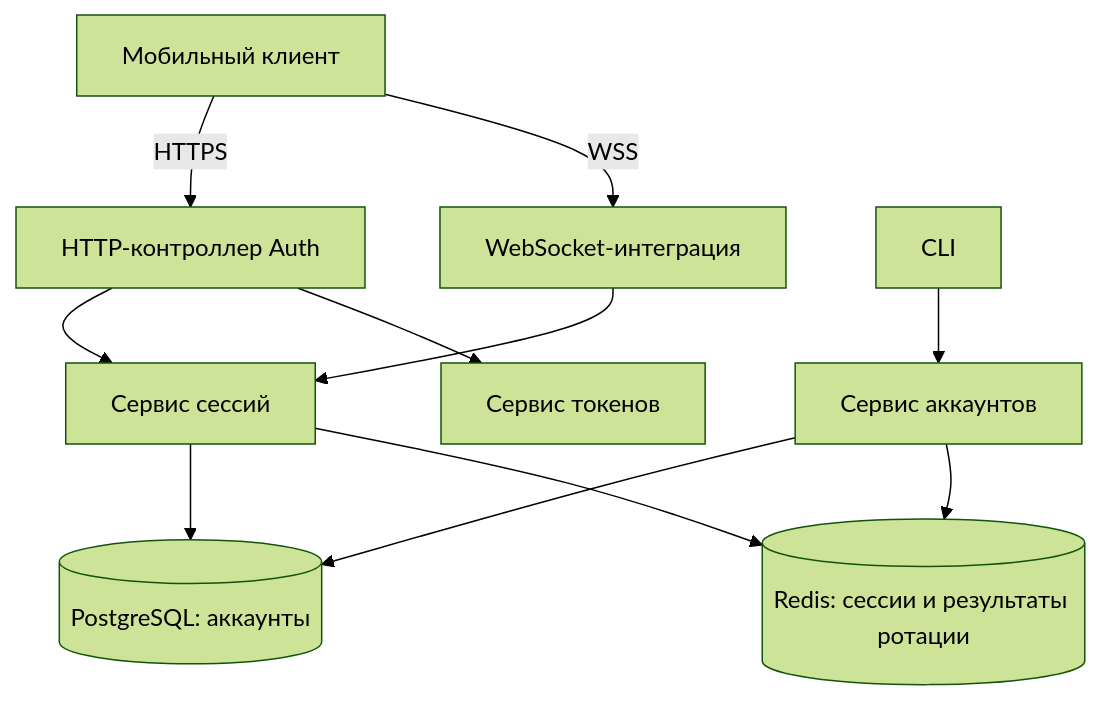
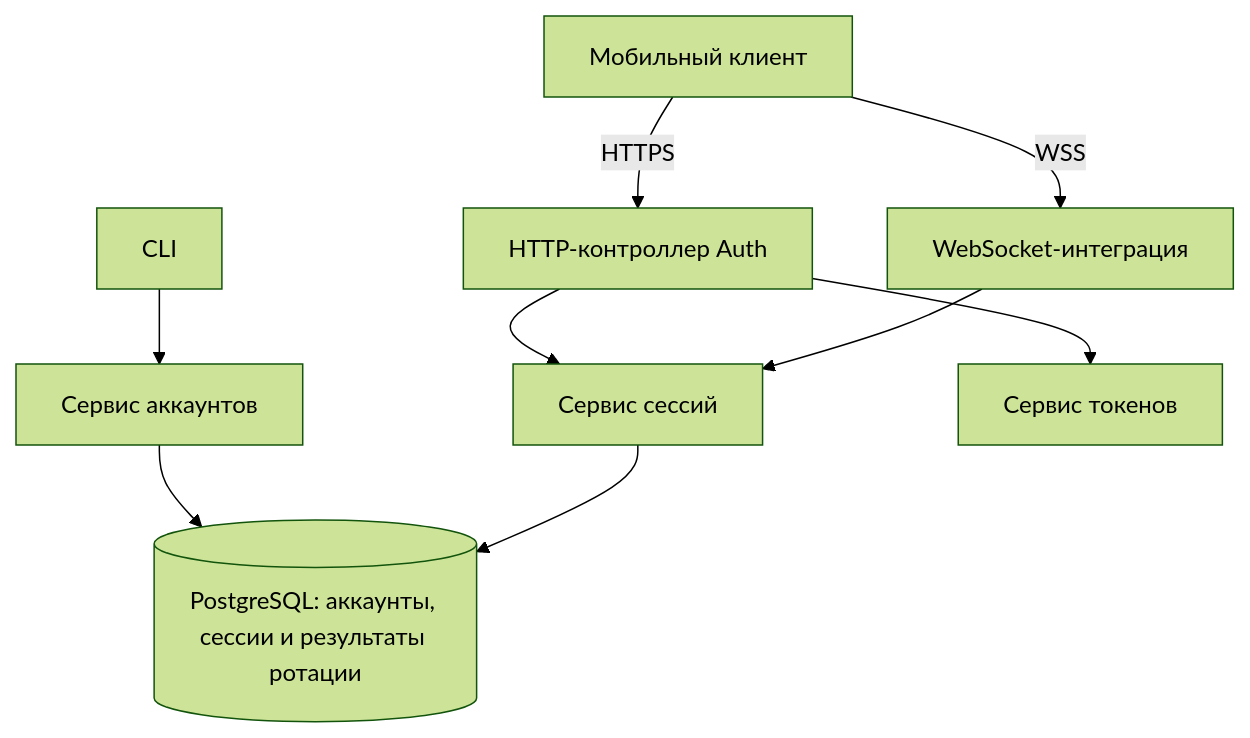
The third of 3 diagrams in docs/backend/modules/auth.md (roga-i-kopita-js/GChat), drawn with Mermaid (forest theme) before and after one commit. The commit also changed other lines of this file and 10 other files, not shown here.

Commit message:
docs: accept backoffice design and PostgreSQL auth sessions

````diff
--- a/docs/backend/modules/auth.md
+++ b/docs/backend/modules/auth.md
@@ -319,13 +374,11 @@
 ```mermaid
 flowchart TB
   C[Мобильный клиент] -->|HTTPS| H[HTTP-контроллер Auth]
   C -->|WSS| W[WebSocket-интеграция]
   CLI[CLI] --> A[Сервис аккаунтов]
   H --> S[Сервис сессий]
   H --> T[Сервис токенов]
   W --> S
-  A --> P[(PostgreSQL: аккаунты)]
+  A --> P[(PostgreSQL: аккаунты, сессии и результаты ротации)]
   S --> P
-  S --> R[(Redis: сессии и результаты ротации)]
-  A --> R
 ```
````
